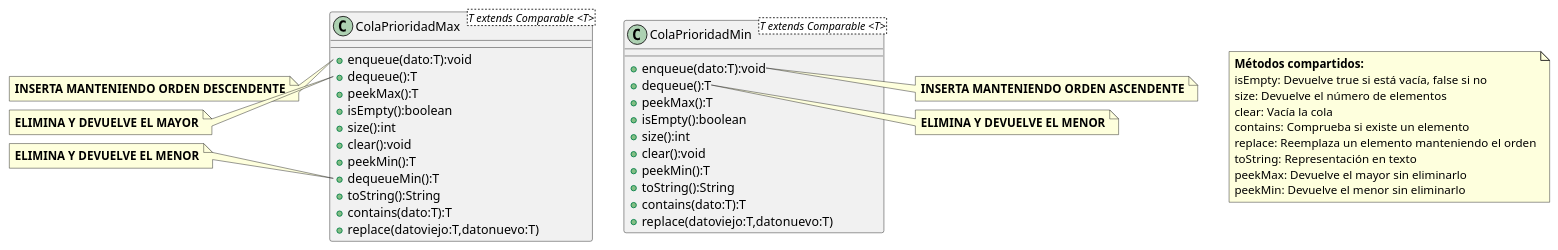
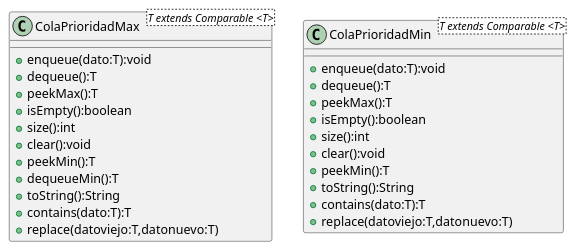
One commit to hugob-gl07/Estructura-Datos-Equipo changed the diagram in src/EstructurasdeDatos/Cola/ColaPrioridad/DIagrama ColaPrioridad.puml. Above: the diagram before and after it, drawn with PlantUML. The commit also changed 40 other files, not shown here.

```diff
--- a/src/EstructurasdeDatos/Cola/ColaPrioridad/DIagrama ColaPrioridad.puml
+++ b/src/EstructurasdeDatos/Cola/ColaPrioridad/DIagrama ColaPrioridad.puml
@@ -1,63 +1,28 @@
 @startuml
 class ColaPrioridadMax <T extends Comparable <T>>{
     + enqueue(dato:T):void
     + dequeue():T
     + peekMax():T
     + isEmpty():boolean
     + size():int
     + clear():void
     + peekMin():T
     + dequeueMin():T
     + toString():String
     + contains(dato:T):T
     + replace(datoviejo:T,datonuevo:T)
 }
 class ColaPrioridadMin <T extends Comparable <T>>{
     + enqueue(dato:T):void
     + dequeue():T
     + peekMax():T
     + isEmpty():boolean
     + size():int
     + clear():void
     + peekMin():T
     + toString():String
     + contains(dato:T):T
     + replace(datoviejo:T,datonuevo:T)
 }
-note as ColaPrioridad
-**Métodos compartidos:**
-isEmpty: Devuelve true si está vacía, false si no
-size: Devuelve el número de elementos
-clear: Vacía la cola
-contains: Comprueba si existe un elemento
-replace: Reemplaza un elemento manteniendo el orden
-toString: Representación en texto
-peekMax: Devuelve el mayor sin eliminarlo
-peekMin: Devuelve el menor sin eliminarlo
-end note
-
-note left of ColaPrioridadMax::enqueue
-**INSERTA MANTENIENDO ORDEN DESCENDENTE**
-end note
-
-note left of ColaPrioridadMax::dequeue
-**ELIMINA Y DEVUELVE EL MAYOR**
-end note
-
-note left of ColaPrioridadMax::dequeueMin
-**ELIMINA Y DEVUELVE EL MENOR**
-end note
-
-note right of ColaPrioridadMin::enqueue
-**INSERTA MANTENIENDO ORDEN ASCENDENTE**
-end note
-
-note right of ColaPrioridadMin::dequeue
-**ELIMINA Y DEVUELVE EL MENOR**
-end note
-
-note right of ColaPrioridadMin::dequeueMax
-**ELIMINA Y DEVUELVE EL MAYOR**
-end note
 
 @enduml
```
